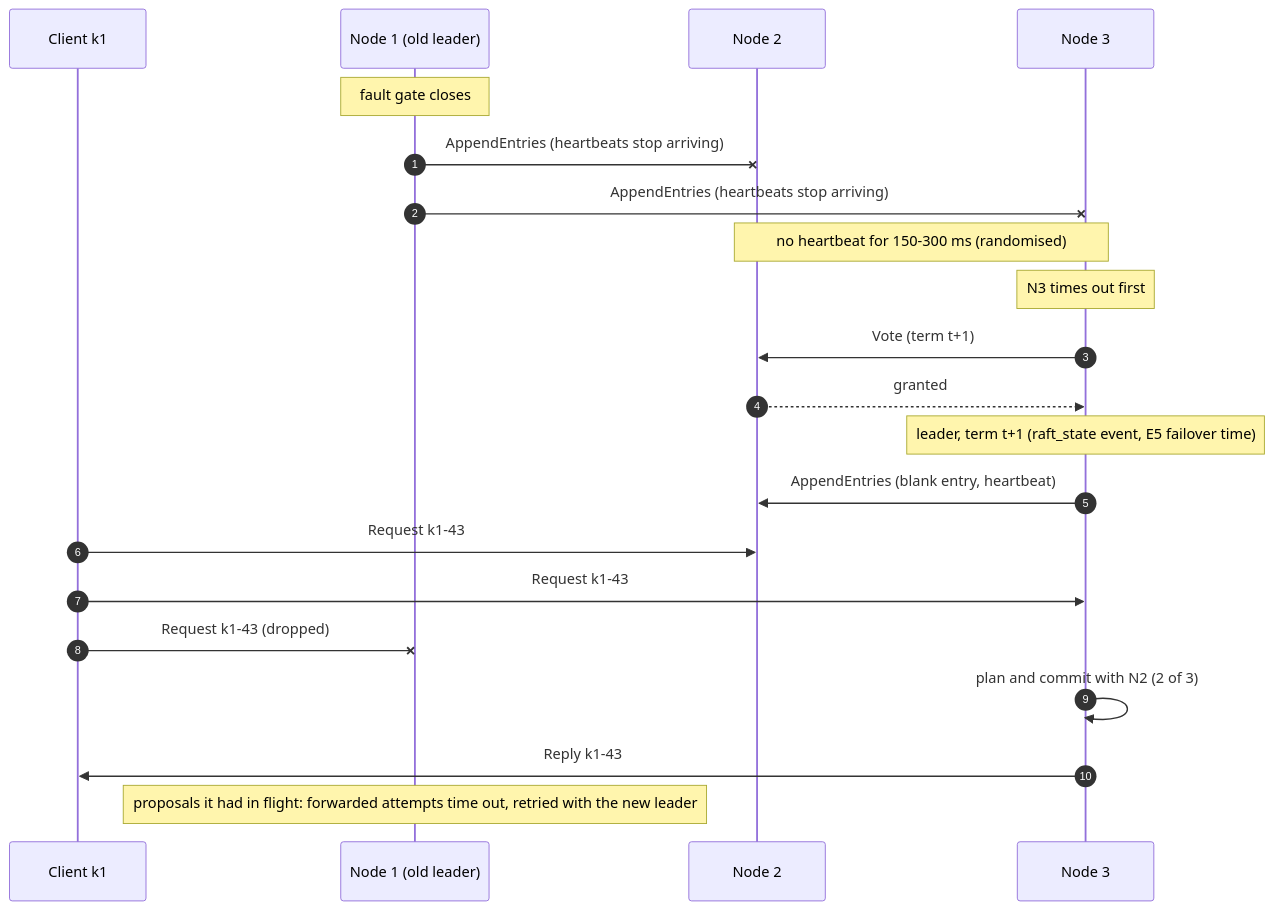
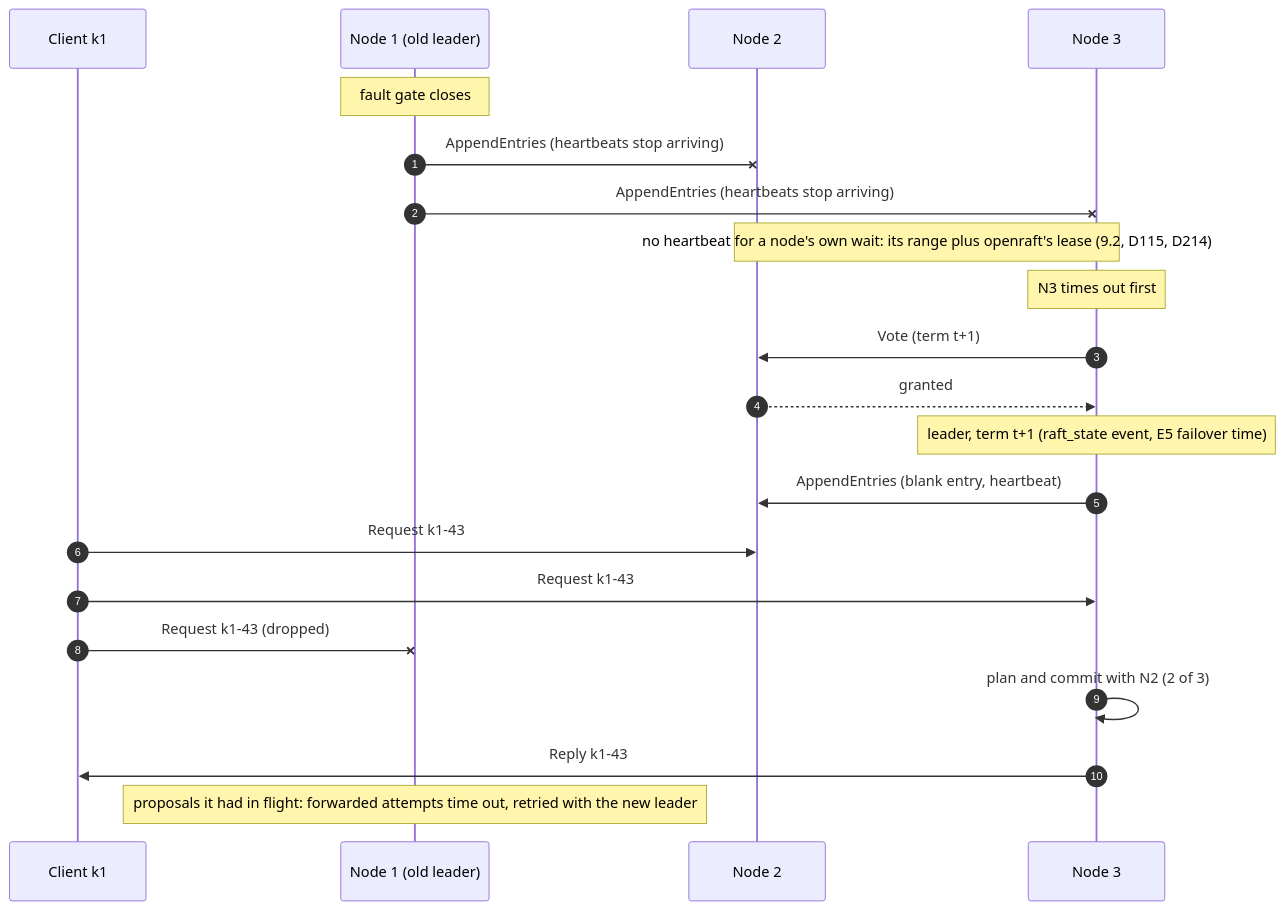
One commit to noortaytoy1/DistributedSystems changed diagram 18 of 43 in docs/architecture.md. Above: the diagram before and after it, drawn with Mermaid. The commit also changed other lines of this file and 7 other files, not shown here.

````diff
--- a/docs/architecture.md
+++ b/docs/architecture.md
@@ -612,23 +774,23 @@
 ```mermaid
 sequenceDiagram
     autonumber
     participant K as Client k1
     participant N1 as Node 1 (old leader)
     participant N2 as Node 2
     participant N3 as Node 3
     Note over N1: fault gate closes
     N1-xN2: AppendEntries (heartbeats stop arriving)
     N1-xN3: AppendEntries (heartbeats stop arriving)
-    Note over N2,N3: no heartbeat for 150-300 ms (randomised)
+    Note over N2,N3: no heartbeat for a node's own wait: its range plus openraft's lease (9.2, D115, D214)
     Note over N3: N3 times out first
     N3->>N2: Vote (term t+1)
     N2-->>N3: granted
     Note over N3: leader, term t+1 (raft_state event, E5 failover time)
     N3->>N2: AppendEntries (blank entry, heartbeat)
     K->>N2: Request k1-43
     K->>N3: Request k1-43
     K-xN1: Request k1-43 (dropped)
     N3->>N3: plan and commit with N2 (2 of 3)
     N3->>K: Reply k1-43
     Note over N1: proposals it had in flight: forwarded attempts time out, retried with the new leader
 ```
````
